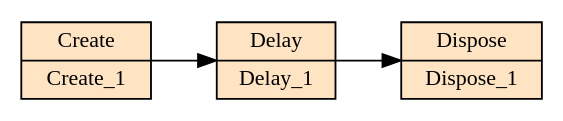
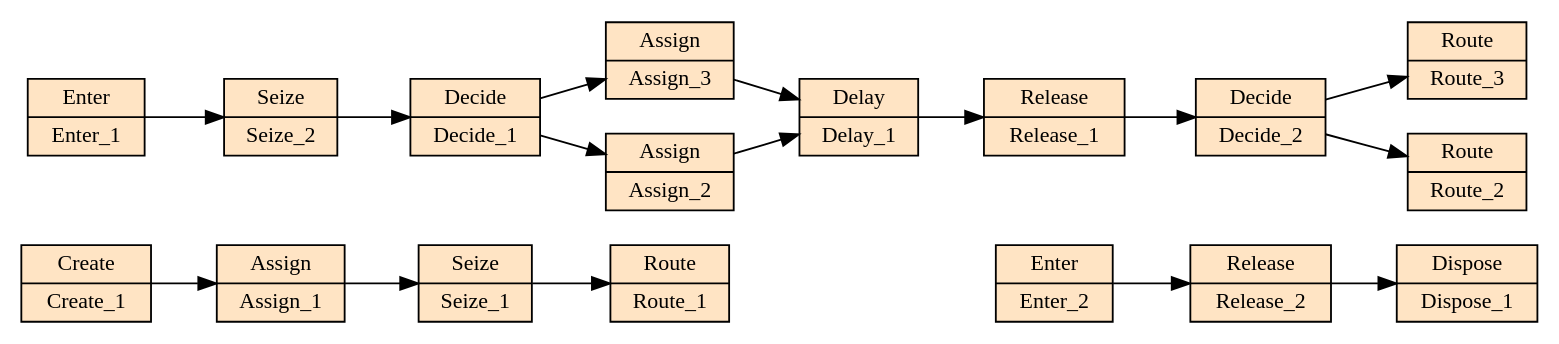
The diagram in source/applications/gui/qt/GenesysQtGUI/build-GenesysQtGUI-Desktop-Debug/.tempFixedGraphicalModelRepresentation.dot (vits-hugs/Genesys-Simulator), drawn with Graphviz before and after one commit. The commit also changed 184 other files, not shown here.

```diff
--- a/source/applications/gui/qt/GenesysQtGUI/build-GenesysQtGUI-Desktop-Debug/.tempFixedGraphicalModelRepresentation.dot
+++ b/source/applications/gui/qt/GenesysQtGUI/build-GenesysQtGUI-Desktop-Debug/.tempFixedGraphicalModelRepresentation.dot
@@ -1,17 +1,44 @@
 digraph G {
   compound=true; rankdir=LR; 
   // model level
   {
      rank=min  // 0
      Create_1 [shape=record, fontsize=12, fontcolor=black, style=filled, fillcolor=bisque, label="Create|Create_1"];
   }
   {
      rank=max  // 1
      Dispose_1 [shape=record, fontsize=12, fontcolor=black, style=filled, fillcolor=bisque, label="Dispose|Dispose_1"];
   }
   {
+     Assign_3 [shape=record, fontsize=12, fontcolor=black, style=filled, fillcolor=bisque, label="Assign|Assign_3"];
+     Route_3 [shape=record, fontsize=12, fontcolor=black, style=filled, fillcolor=bisque, label="Route|Route_3"];
+     Route_2 [shape=record, fontsize=12, fontcolor=black, style=filled, fillcolor=bisque, label="Route|Route_2"];
+     Decide_2 [shape=record, fontsize=12, fontcolor=black, style=filled, fillcolor=bisque, label="Decide|Decide_2"];
+     Release_1 [shape=record, fontsize=12, fontcolor=black, style=filled, fillcolor=bisque, label="Release|Release_1"];
      Delay_1 [shape=record, fontsize=12, fontcolor=black, style=filled, fillcolor=bisque, label="Delay|Delay_1"];
-       Delay_1->Dispose_1[style=solid, arrowhead="normal" color=black, fontcolor=black, fontsize=7];
-       Create_1->Delay_1[style=solid, arrowhead="normal" color=black, fontcolor=black, fontsize=7];
+     Assign_2 [shape=record, fontsize=12, fontcolor=black, style=filled, fillcolor=bisque, label="Assign|Assign_2"];
+     Decide_1 [shape=record, fontsize=12, fontcolor=black, style=filled, fillcolor=bisque, label="Decide|Decide_1"];
+     Seize_2 [shape=record, fontsize=12, fontcolor=black, style=filled, fillcolor=bisque, label="Seize|Seize_2"];
+     Enter_1 [shape=record, fontsize=12, fontcolor=black, style=filled, fillcolor=bisque, label="Enter|Enter_1"];
+     Release_2 [shape=record, fontsize=12, fontcolor=black, style=filled, fillcolor=bisque, label="Release|Release_2"];
+     Enter_2 [shape=record, fontsize=12, fontcolor=black, style=filled, fillcolor=bisque, label="Enter|Enter_2"];
+     Route_1 [shape=record, fontsize=12, fontcolor=black, style=filled, fillcolor=bisque, label="Route|Route_1"];
+     Seize_1 [shape=record, fontsize=12, fontcolor=black, style=filled, fillcolor=bisque, label="Seize|Seize_1"];
+     Assign_1 [shape=record, fontsize=12, fontcolor=black, style=filled, fillcolor=bisque, label="Assign|Assign_1"];
+       Seize_1->Route_1[style=solid, arrowhead="normal" color=black, fontcolor=black, fontsize=7];
+       Assign_1->Seize_1[style=solid, arrowhead="normal" color=black, fontcolor=black, fontsize=7];
+       Create_1->Assign_1[style=solid, arrowhead="normal" color=black, fontcolor=black, fontsize=7];
+       Release_2->Dispose_1[style=solid, arrowhead="normal" color=black, fontcolor=black, fontsize=7];
+       Enter_2->Release_2[style=solid, arrowhead="normal" color=black, fontcolor=black, fontsize=7];
+       Decide_2->Route_2[style=solid, arrowhead="normal" color=black, fontcolor=black, fontsize=7];
+       Decide_2->Route_3[style=solid, arrowhead="normal" color=black, fontcolor=black, fontsize=7];
+       Release_1->Decide_2[style=solid, arrowhead="normal" color=black, fontcolor=black, fontsize=7];
+       Delay_1->Release_1[style=solid, arrowhead="normal" color=black, fontcolor=black, fontsize=7];
+       Assign_2->Delay_1[style=solid, arrowhead="normal" color=black, fontcolor=black, fontsize=7];
+       Decide_1->Assign_2[style=solid, arrowhead="normal" color=black, fontcolor=black, fontsize=7];
+       Assign_3->Delay_1[style=solid, arrowhead="normal" color=black, fontcolor=black, fontsize=7];
+       Decide_1->Assign_3[style=solid, arrowhead="normal" color=black, fontcolor=black, fontsize=7];
+       Seize_2->Decide_1[style=solid, arrowhead="normal" color=black, fontcolor=black, fontsize=7];
+       Enter_1->Seize_2[style=solid, arrowhead="normal" color=black, fontcolor=black, fontsize=7];
   }
 }
```
